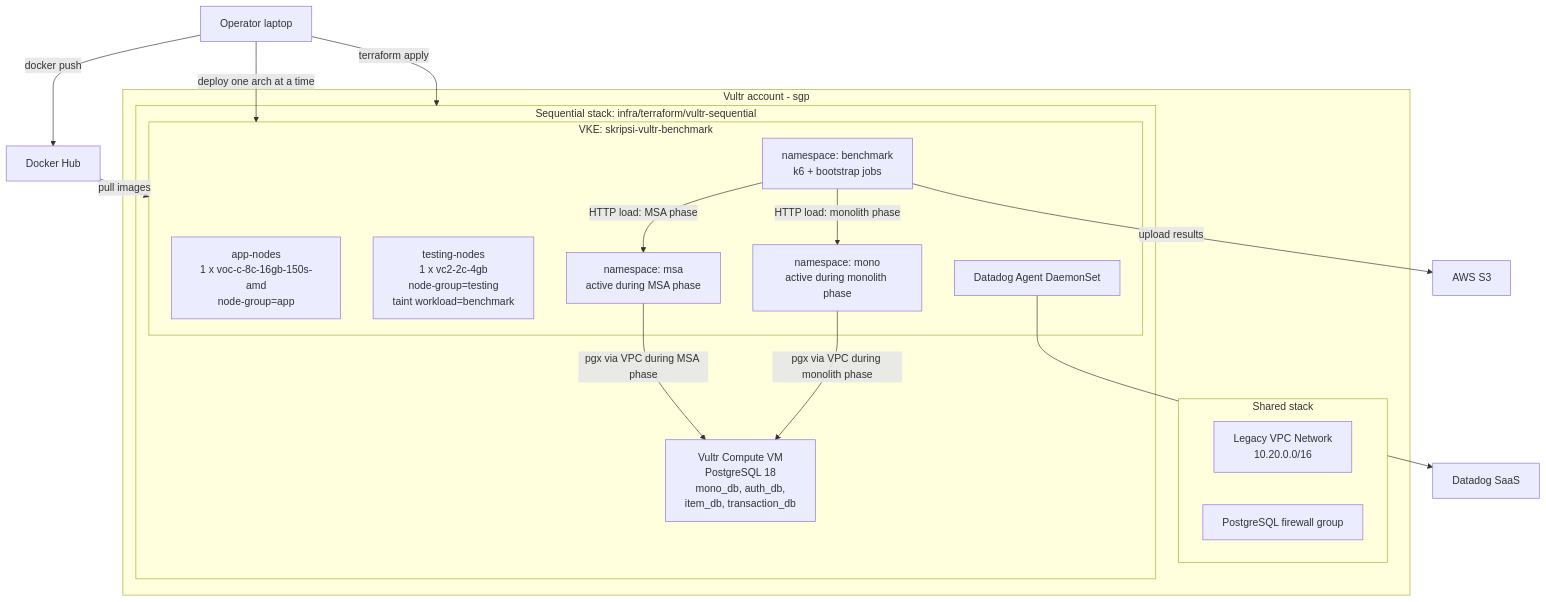
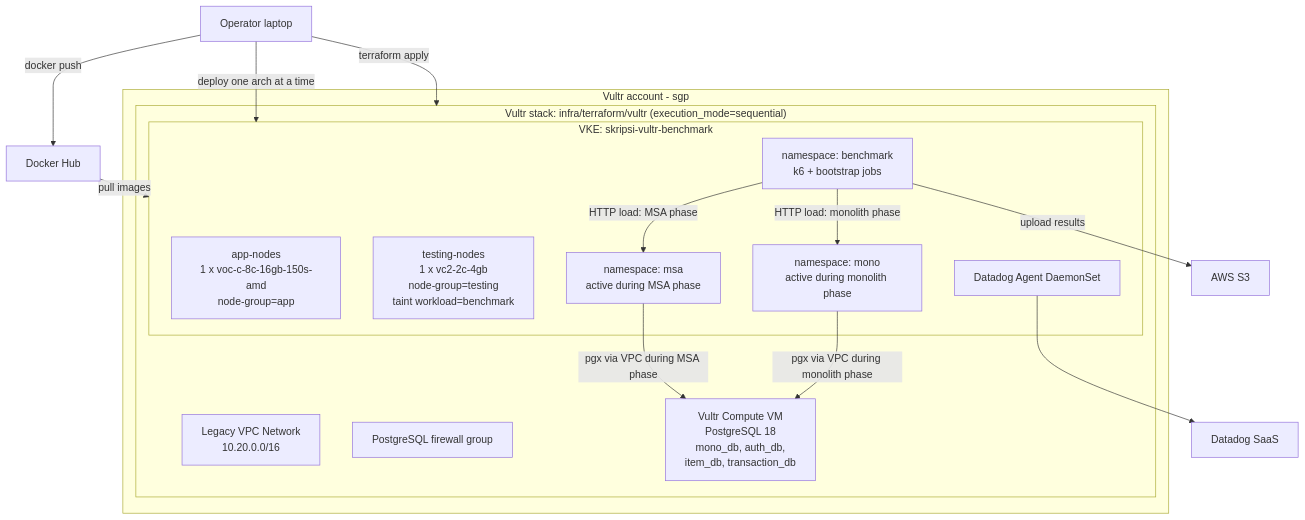
The fourth of 4 diagrams in docs/diagrams/cloud-architecture.md (Ahmad-mufied/monolith-vs-microservice-thesis), drawn with Mermaid before and after one commit. The commit also changed other lines of this file and 40 other files, not shown here.

First line of the commit message:
refactor: consolidate Vultr infrastructure into one Terraform stack (#59)

````diff
--- a/docs/diagrams/cloud-architecture.md
+++ b/docs/diagrams/cloud-architecture.md
@@ -236,41 +233,39 @@
 ```mermaid
 flowchart TB
   operator["Operator laptop"]
   dockerhub["Docker Hub"]
   datadog["Datadog SaaS"]
   s3["AWS S3"]
 
   subgraph vultr["Vultr account - sgp"]
-    subgraph shared["Shared stack"]
+    subgraph vultr_stack_seq["Vultr stack: infra/terraform/vultr (execution_mode=sequential)"]
       vpc["Legacy VPC Network<br/>10.20.0.0/16"]
       fw["PostgreSQL firewall group"]
-    end
 
-    subgraph sequential["Sequential stack: infra/terraform/vultr-sequential"]
       subgraph benchmarkCluster["VKE: skripsi-vultr-benchmark"]
         appPool["app-nodes<br/>1 x voc-c-8c-16gb-150s-amd<br/>node-group=app"]
         testPool["testing-nodes<br/>1 x vc2-2c-4gb<br/>node-group=testing<br/>taint workload=benchmark"]
         monoNs["namespace: mono<br/>active during monolith phase"]
         msaNs["namespace: msa<br/>active during MSA phase"]
         benchNs["namespace: benchmark<br/>k6 + bootstrap jobs"]
         agent["Datadog Agent DaemonSet"]
       end
 
       pgVm["Vultr Compute VM<br/>PostgreSQL 18<br/>mono_db, auth_db,<br/>item_db, transaction_db"]
     end
   end
 
-  operator -->|"terraform apply"| sequential
+  operator -->|"terraform apply"| vultr_stack_seq
   operator -->|"docker push"| dockerhub
   operator -->|"deploy one arch at a time"| benchmarkCluster
 
   dockerhub -->|"pull images"| benchmarkCluster
 
   monoNs -->|"pgx via VPC during monolith phase"| pgVm
   msaNs -->|"pgx via VPC during MSA phase"| pgVm
 
   benchNs -->|"HTTP load: monolith phase"| monoNs
   benchNs -->|"HTTP load: MSA phase"| msaNs
   benchNs -->|"upload results"| s3
   agent --> datadog
 ```
````
